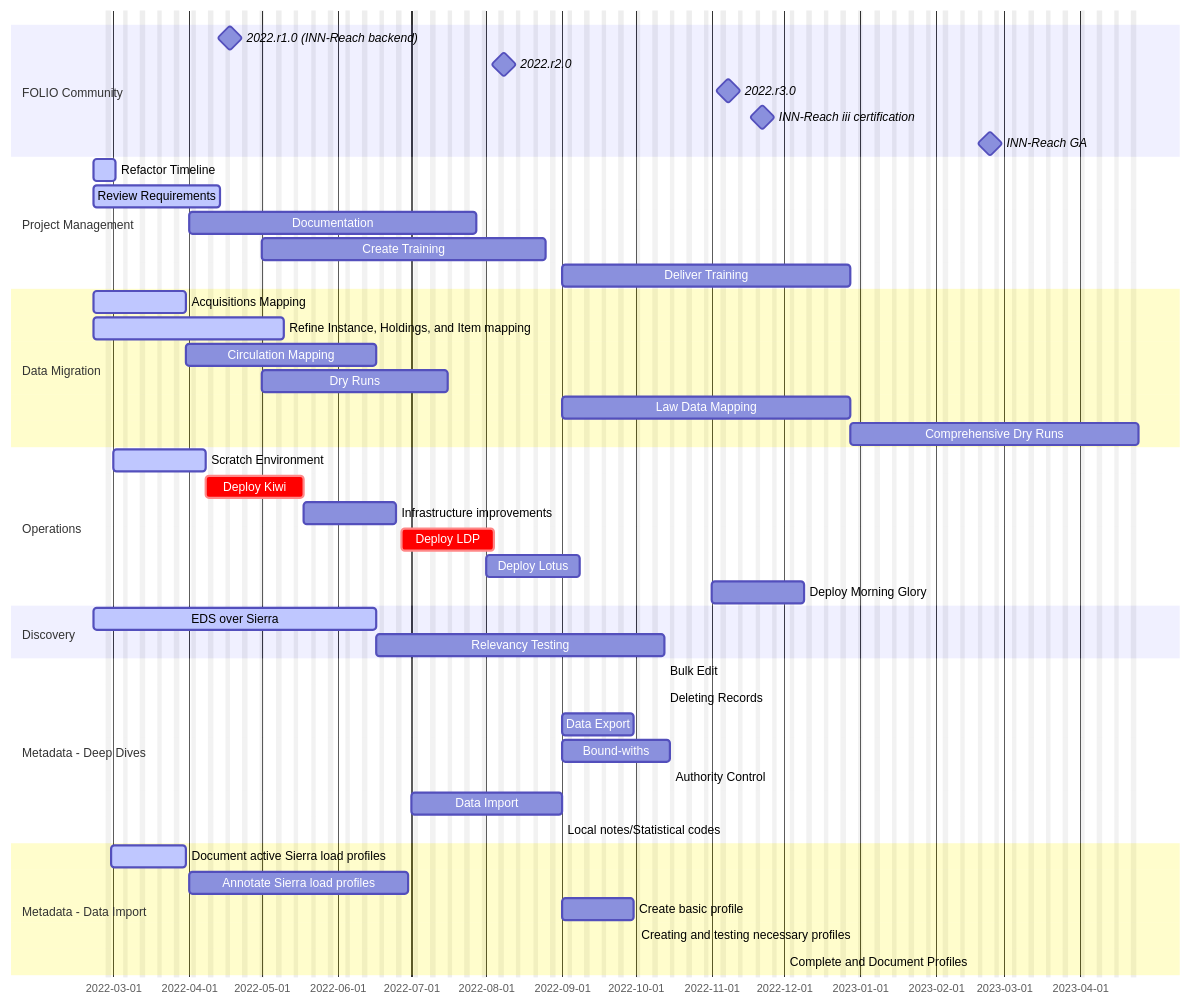
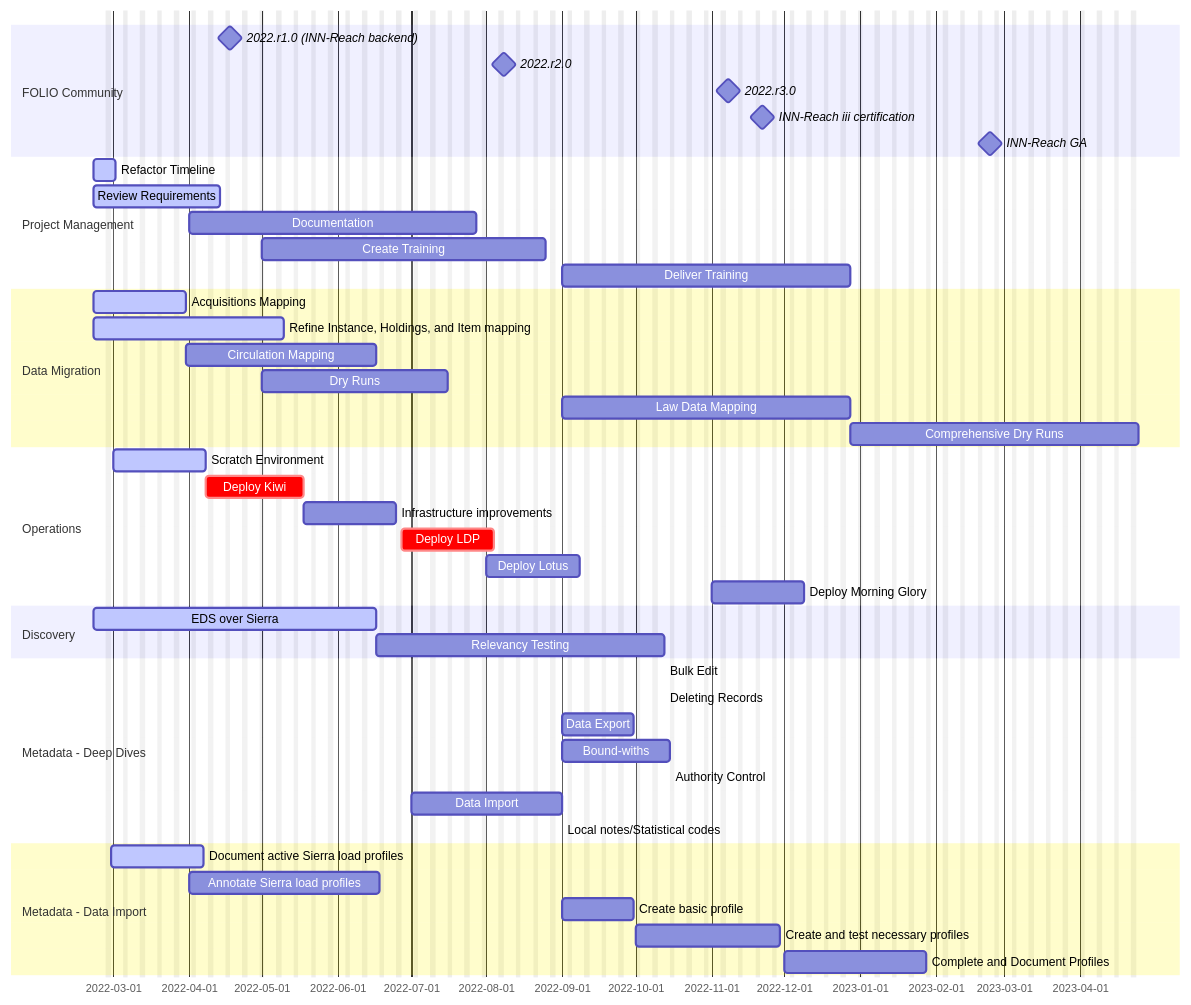
Before and after one commit to culibraries/folio: the diagram in docs/admin/timelines.md, drawn with Mermaid. The commit also changed 1 other file, not shown here.

Commit message:
Improvements to timeline and architecture docs.

````diff
--- a/docs/admin/timelines.md
+++ b/docs/admin/timelines.md
@@ -9,58 +9,57 @@
 ```{mermaid}
   gantt
       dateFormat  YYYY-MM-DD
       excludes  weekends
       axisFormat %Y-%m-%d
 
       section FOLIO Community
       2022.r1.0 (INN-Reach backend) :milestone, 2022-04-18, 0d
       2022.r2.0 :milestone, 2022-08-08, 0d
       2022.r3.0 :milestone, 2022-11-08, 0d
       INN-Reach iii certification :milestone, 2022-11-22, 0d
       INN-Reach GA :milestone, 2023-02-23, 0d
 
       section Project Management
       Refactor Timeline     :active, 2022-02-21, 1w
       Review Requirements   :active, 2022-02-21, 38d
       Documentation :2022-04-01, 12w
       Create Training :2022-05-01, 12w
       Deliver Training :2022-09-01, 12w
 
       section Data Migration
       Acquisitions Mapping :active, dm1, 2022-02-21, 4w
       Refine Instance, Holdings, and Item mapping :active, 2022-02-21, 8w
       Circulation Mapping:dm3, after dm1, 8w
       Dry Runs :2022-05-01, 8w
       Law Data Mapping      :d4, 2022-09-01  , 12w
       Comprehensive Dry Runs      :d5, after d4, 12w
 
       section Operations
       Scratch Environment :active, o1, 2022-03-01, 4w
       Deploy Kiwi :crit, o2, after o1,  4w
       Infrastructure improvements :o3, after o2, 4w
       Deploy LDP :crit, o4, after o3, 4w
       Deploy Lotus :o5, 2022-08-01, 4w
       Deploy Morning Glory :o6, 2022-11-01, 4w
 
       section Discovery
       EDS over Sierra   :active, d1, 2022-02-21, 12w
       Relevancy Testing  :12w
 
 
       section Metadata - Deep Dives
       Bulk Edit: 
       Deleting Records: 
       Data Export: 2022-09-01,2022-09-30
       Bound-withs: 2022-09-01,2022-10-15
       Authority Control: 
       Data Import: 2022-07-01,2022-09-01
       Local notes/Statistical codes: 
 
       section Metadata - Data Import
-      Document active Sierra load profiles :active, 2022-02-28,2022-03-31
-      Annotate Sierra load profiles :2022-04-01,2022-06-30
-      Create basic profile :2022-09-01,2022-09-30
-      Creating and testing necessary profiles :2022-10-01,2022-11-31
-      Complete and Document Profiles :2022-12-01,2023-02-31
-
+      Document active Sierra load profiles :active, 2022-02-28, 4w
+      Annotate Sierra load profiles :2022-04-01, 8w
+      Create basic profile :2022-09-01, 3w
+      Create and test necessary profiles :2022-10-01, 6w
+      Complete and Document Profiles :2022-12-01, 6w
 ```
````
